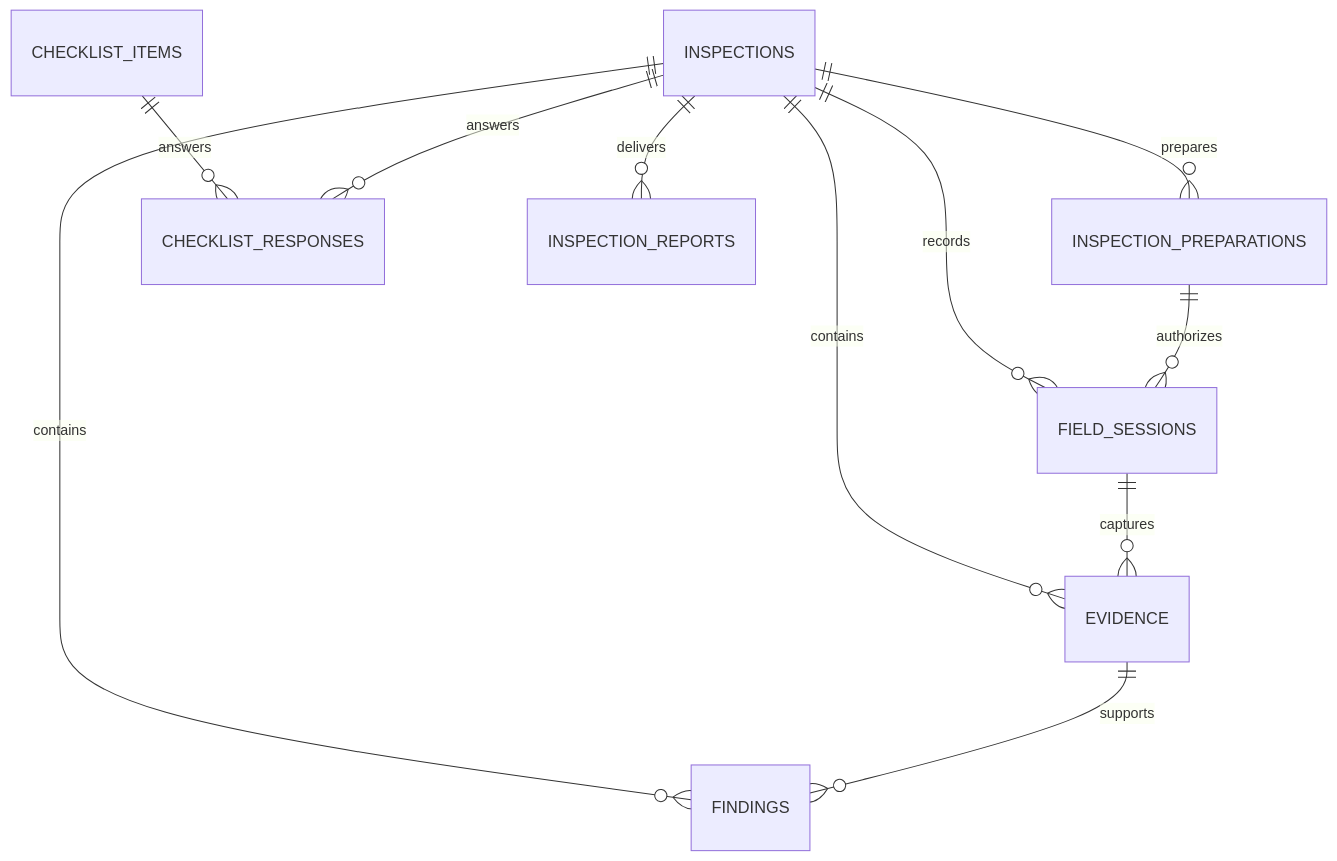
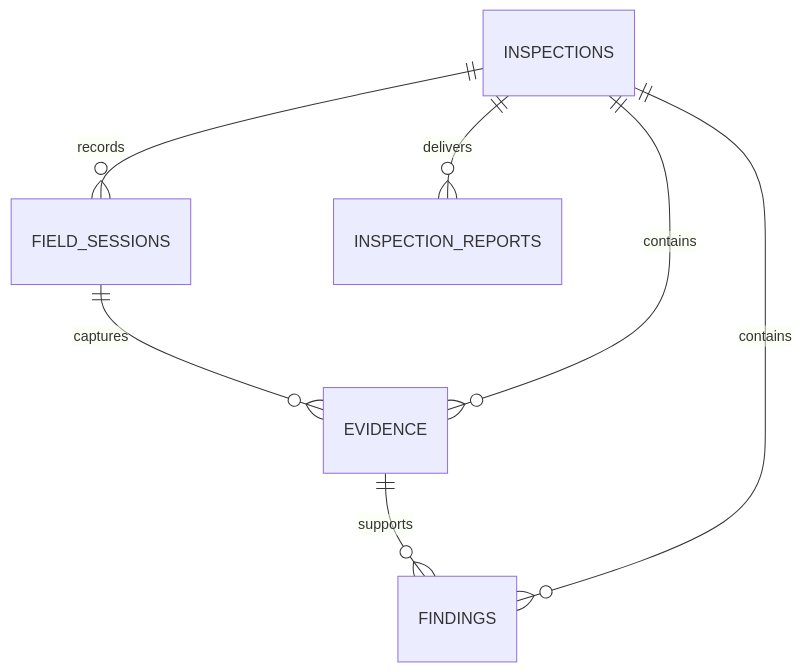
The second of 3 diagrams in project-reference/database-design.md (tungbach12/SmartDroneInspection-Docs), drawn with Mermaid before and after one commit. The commit also changed other lines of this file and 8 other files, not shown here.

Commit message:
docs(database,srs,sdd): update MF1-MF2 specifications to streamlined 30-table architecture

````diff
--- a/project-reference/database-design.md
+++ b/project-reference/database-design.md
@@ -138,13 +139,9 @@
 ```mermaid
 erDiagram
-    INSPECTIONS ||--o{ INSPECTION_PREPARATIONS : prepares
-    INSPECTION_PREPARATIONS ||--o{ FIELD_SESSIONS : authorizes
     INSPECTIONS ||--o{ FIELD_SESSIONS : records
-    INSPECTIONS ||--o{ CHECKLIST_RESPONSES : answers
-    CHECKLIST_ITEMS ||--o{ CHECKLIST_RESPONSES : answers
     FIELD_SESSIONS ||--o{ EVIDENCE : captures
     INSPECTIONS ||--o{ EVIDENCE : contains
     EVIDENCE ||--o{ FINDINGS : supports
     INSPECTIONS ||--o{ FINDINGS : contains
     INSPECTIONS ||--o{ INSPECTION_REPORTS : delivers
 ```
````
